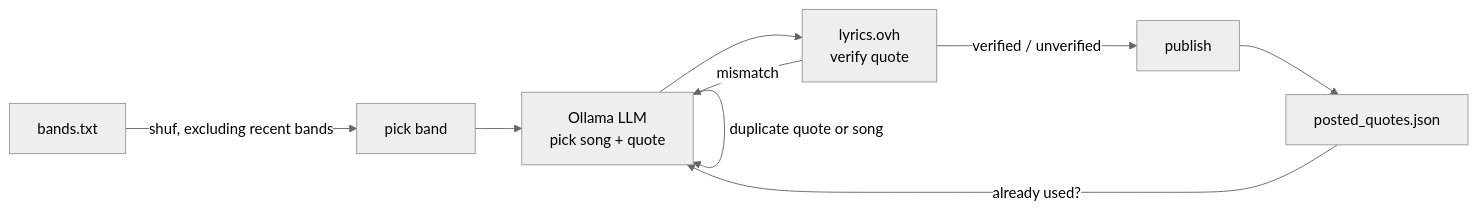
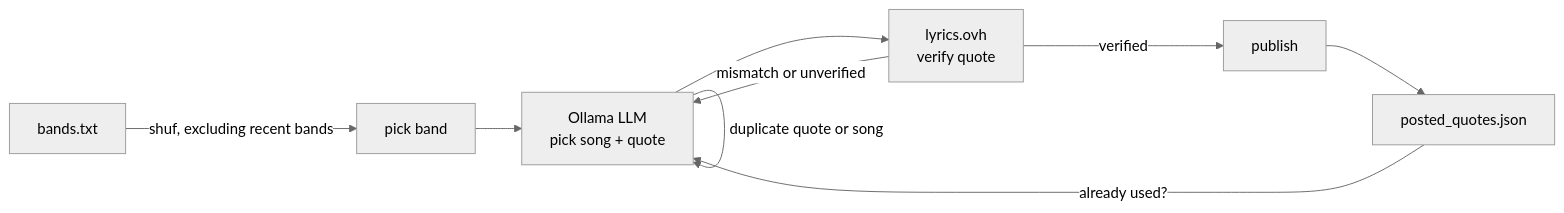
One commit to schmidt-software/song-quote-bot changed the diagram in README.md. Above: the diagram before and after it, drawn with Mermaid (neutral theme). The commit also changed other lines of this file and 1 other file, not shown here.

First line of the commit message:
Reject unverified quotes too, not just mismatches

````diff
--- a/README.md
+++ b/README.md
@@ -18,11 +18,11 @@
 ```mermaid
 flowchart LR
     A[bands.txt] -->|shuf, excluding recent bands| B[pick band]
     B --> C[Ollama LLM<br/>pick song + quote]
     D[posted_quotes.json] -->|already used?| C
     C -->|duplicate quote or song| C
     C --> L[lyrics.ovh<br/>verify quote]
-    L -->|mismatch| C
-    L -->|verified / unverified| E[publish]
+    L -->|mismatch or unverified| C
+    L -->|verified| E[publish]
     E --> D
 ```
````
